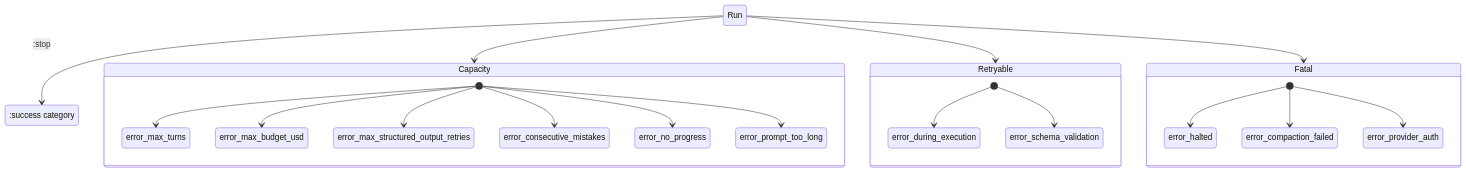
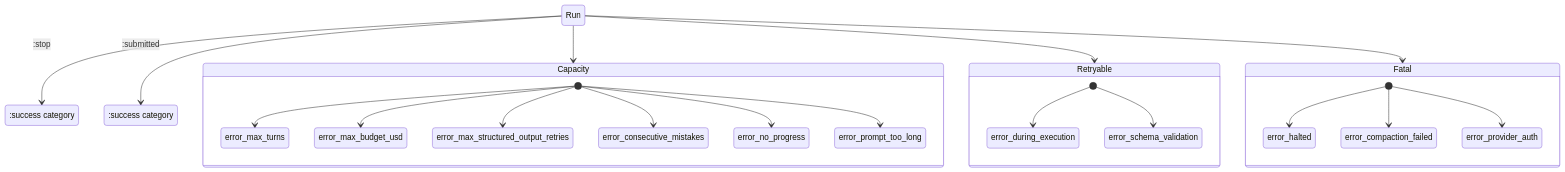
Before and after one commit to Dodothereal/ex_athena: the second of 4 diagrams in docs/05-state-and-termination.md, drawn with Mermaid. The commit also changed other lines of this file and 4 other files, not shown here.

````diff
--- a/docs/05-state-and-termination.md
+++ b/docs/05-state-and-termination.md
@@ -102,26 +102,28 @@
 ```mermaid
 stateDiagram-v2
   state "Run" as run
   run --> stop: :stop
+  run --> submitted: :submitted
   state "Capacity" as cap {
     [*] --> error_max_turns
     [*] --> error_max_budget_usd
     [*] --> error_max_structured_output_retries
     [*] --> error_consecutive_mistakes
     [*] --> error_no_progress
     [*] --> error_prompt_too_long
   }
   state "Retryable" as ret {
     [*] --> error_during_execution
     [*] --> error_schema_validation
   }
   state "Fatal" as fat {
     [*] --> error_halted
     [*] --> error_compaction_failed
     [*] --> error_provider_auth
   }
   run --> cap
   run --> ret
   run --> fat
   stop: :success category
+  submitted: :success category
 ```
````
